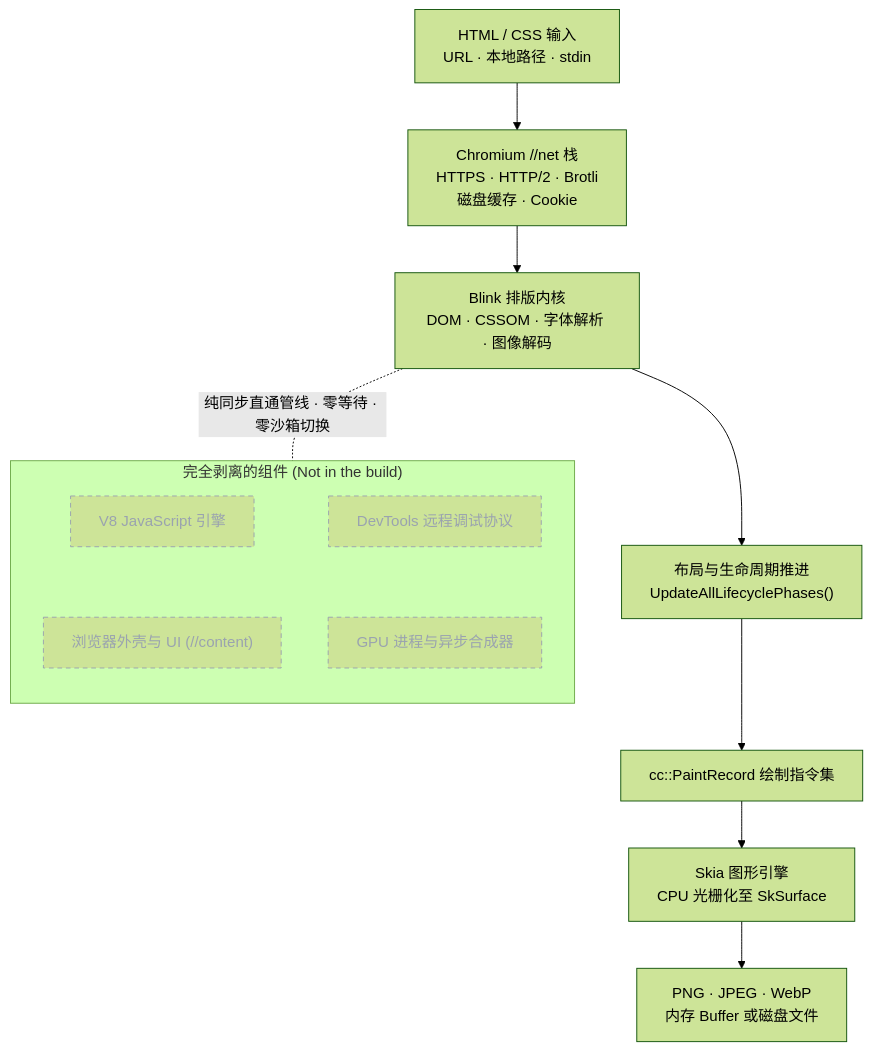
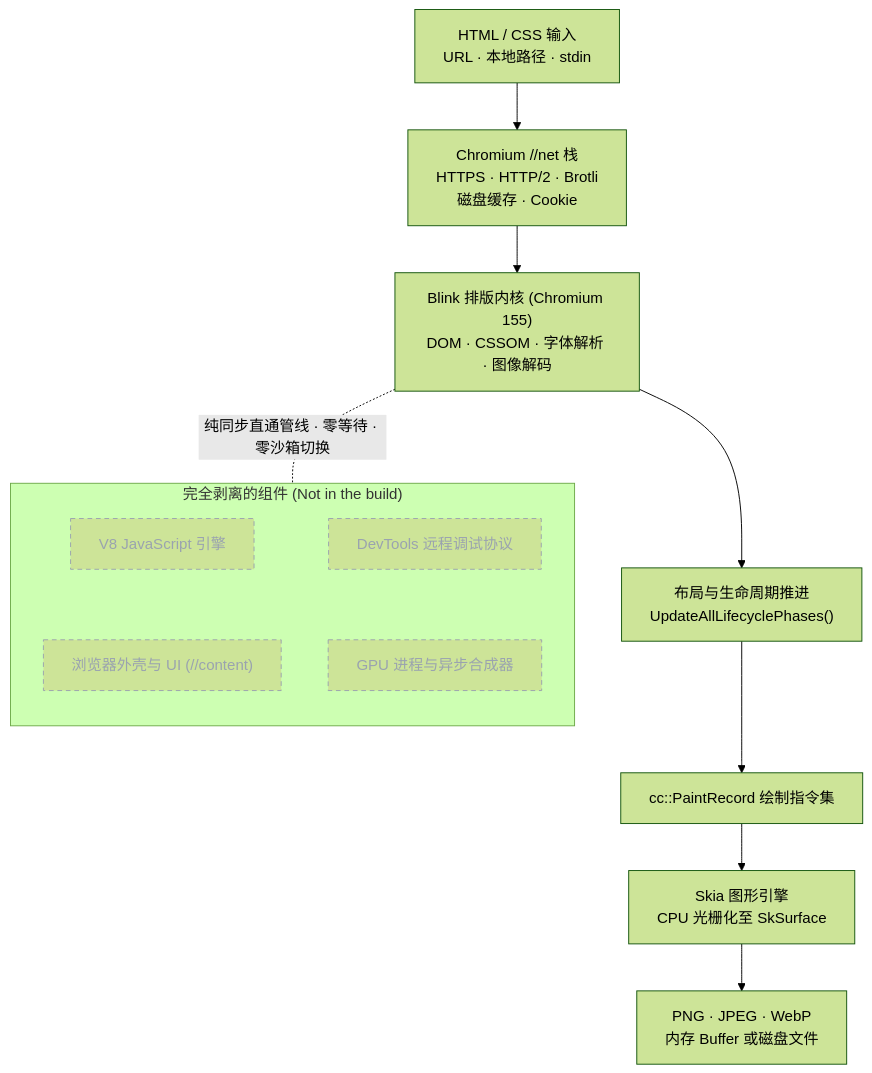
One commit to sj817/shotium changed the second of 2 diagrams in README.zh.md. Above: the diagram before and after it, drawn with Mermaid (forest theme). The commit also changed other lines of this file and 105 other files, not shown here.

````diff
--- a/README.zh.md
+++ b/README.zh.md
@@ -643,27 +317,27 @@
 ```mermaid
 flowchart TB
     IN["HTML / CSS 输入<br/>URL · 本地路径 · stdin"]
     NET["Chromium //net 栈<br/>HTTPS · HTTP/2 · Brotli<br/>磁盘缓存 · Cookie"]
-    BLINK["Blink 排版内核<br/>DOM · CSSOM · 字体解析 · 图像解码"]
+    BLINK["Blink 排版内核 (Chromium 155)<br/>DOM · CSSOM · 字体解析 · 图像解码"]
     LIFE["布局与生命周期推进<br/>UpdateAllLifecyclePhases()"]
     REC["cc::PaintRecord 绘制指令集"]
     SKIA["Skia 图形引擎<br/>CPU 光栅化至 SkSurface"]
     OUT["PNG · JPEG · WebP<br/>内存 Buffer 或磁盘文件"]
 
     IN --> NET --> BLINK --> LIFE --> REC --> SKIA --> OUT
 
     subgraph cut["完全剥离的组件 (Not in the build)"]
         direction TB
         V8["V8 JavaScript 引擎"]
         SHELL["浏览器外壳与 UI (//content)"]
         DEVTOOLS["DevTools 远程调试协议"]
         GPU["GPU 进程与异步合成器"]
         V8 ~~~ SHELL
         DEVTOOLS ~~~ GPU
     end
 
     BLINK -. "纯同步直通管线 · 零等待 · 零沙箱切换" .- cut
 
     classDef gone stroke-dasharray: 5 4,color:#9aa3af,stroke:#9aa3af
     class V8,SHELL,DEVTOOLS,GPU gone
 ```
````
